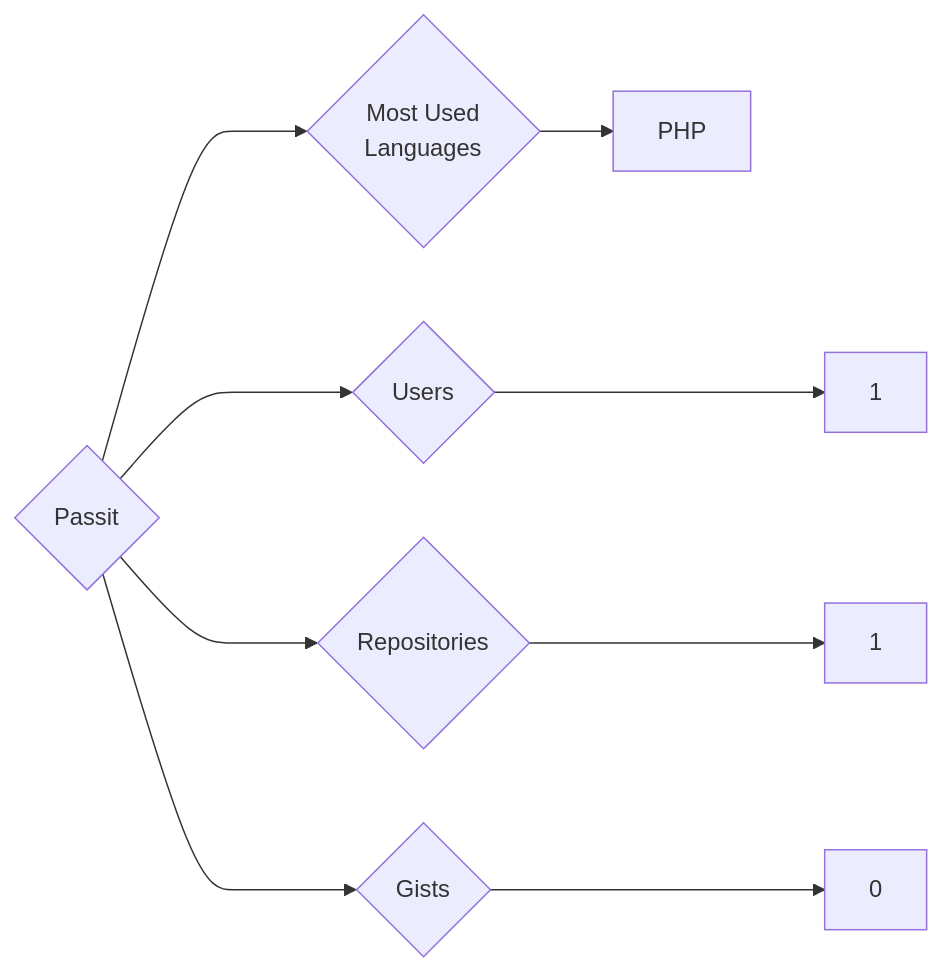
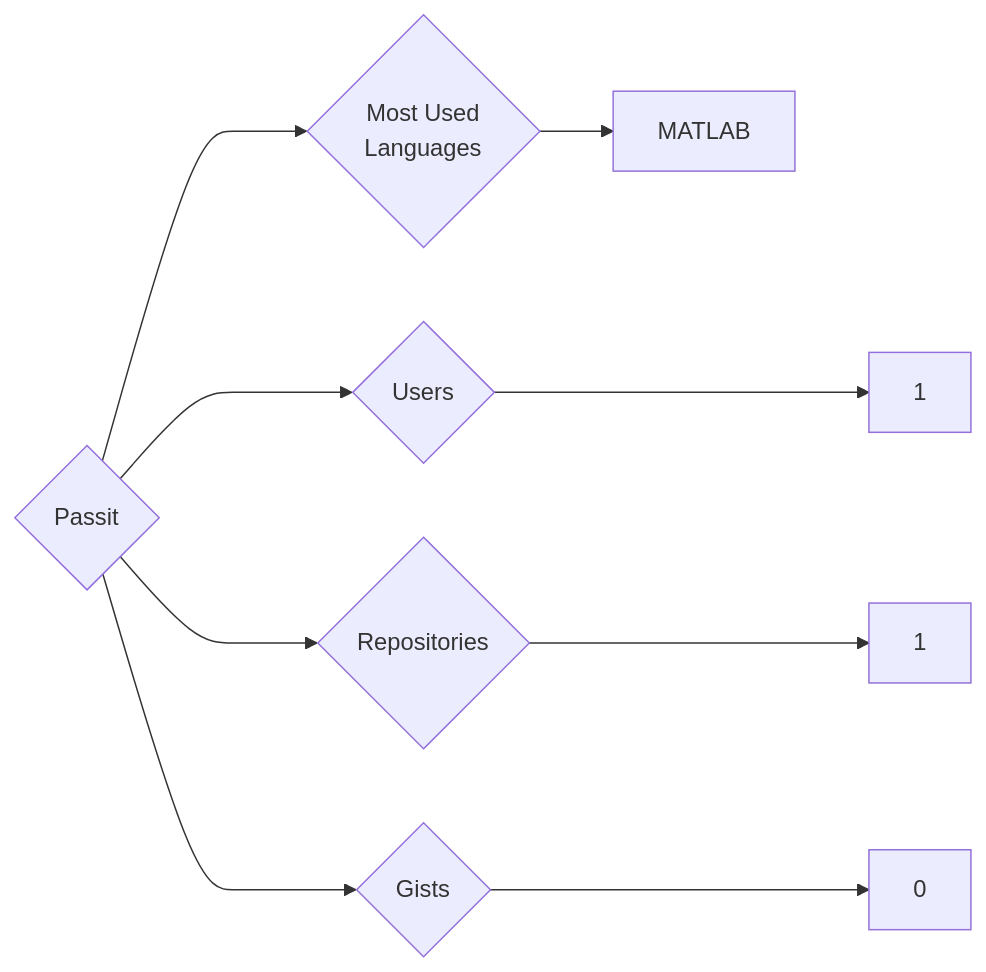
The diagram in targets/Passit/README.md (trickest/insiders), drawn with Mermaid before and after one commit. The commit also changed 1479 other files, not shown here.

````diff
--- a/targets/Passit/README.md
+++ b/targets/Passit/README.md
@@ -3,9 +3,9 @@
 ```mermaid
 graph LR
 COMPANY_NAME{Passit}
 COMPANY_NAME ---> U{Users} ---> UN[1]
 COMPANY_NAME ---> R{Repositories} ---> RN[1]
 COMPANY_NAME ---> G{Gists} ---> GN[0]
 COMPANY_NAME ---> ML{Most Used<br>Languages}
-ML --> PHP[PHP]
+ML --> MATLAB[MATLAB]
 ```
````
